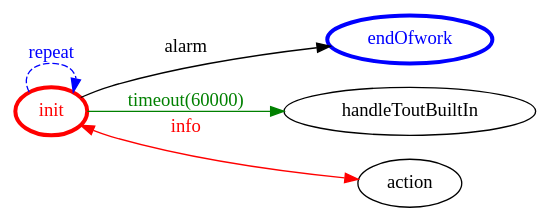
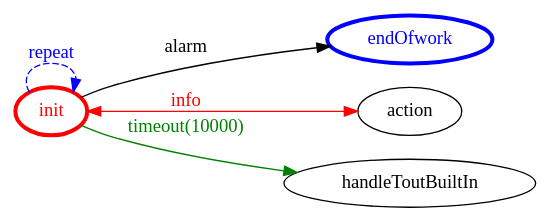
Before and after one commit to anatali/lss0: the diagram in it.unibo.qa.integrator/srcMore/it/unibo/qareceiver/qareceiver.gv, drawn with Graphviz. The commit also changed 509 other files, not shown here.

```diff
--- a/it.unibo.qa.integrator/srcMore/it/unibo/qareceiver/qareceiver.gv
+++ b/it.unibo.qa.integrator/srcMore/it/unibo/qareceiver/qareceiver.gv
@@ -1,19 +1,19 @@
 /*
 *
 * A GraphViz DOT FSM description 
 * Please use a GraphViz visualizer (like http://www.webgraphviz.com)
 *  
 */
 
 digraph finite_state_machine {
 	rankdir=LR
 	size="8,5"
 	
 	init [ color = red ][ fontcolor = red ][ penwidth = 3 ]
 	endOfwork [ color = blue ][ fontcolor = blue ][ penwidth = 3 ]
 	
-	init -> handleToutBuiltIn [ label = "timeout(60000)" ][ color = green ][ fontcolor = green ]
 	init -> init [ label = "repeat "][ style = dashed ][ color = blue ][ fontcolor = blue ]
 	init -> endOfwork [ label = "alarm" ][ color = black ][ fontcolor = black ]
 	init -> action [ label = "info" ][ color = red ][ fontcolor = red ][ dir = both ]
+	init -> handleToutBuiltIn [ label = "timeout(10000)" ][ color = green ][ fontcolor = green ]
 }
```
